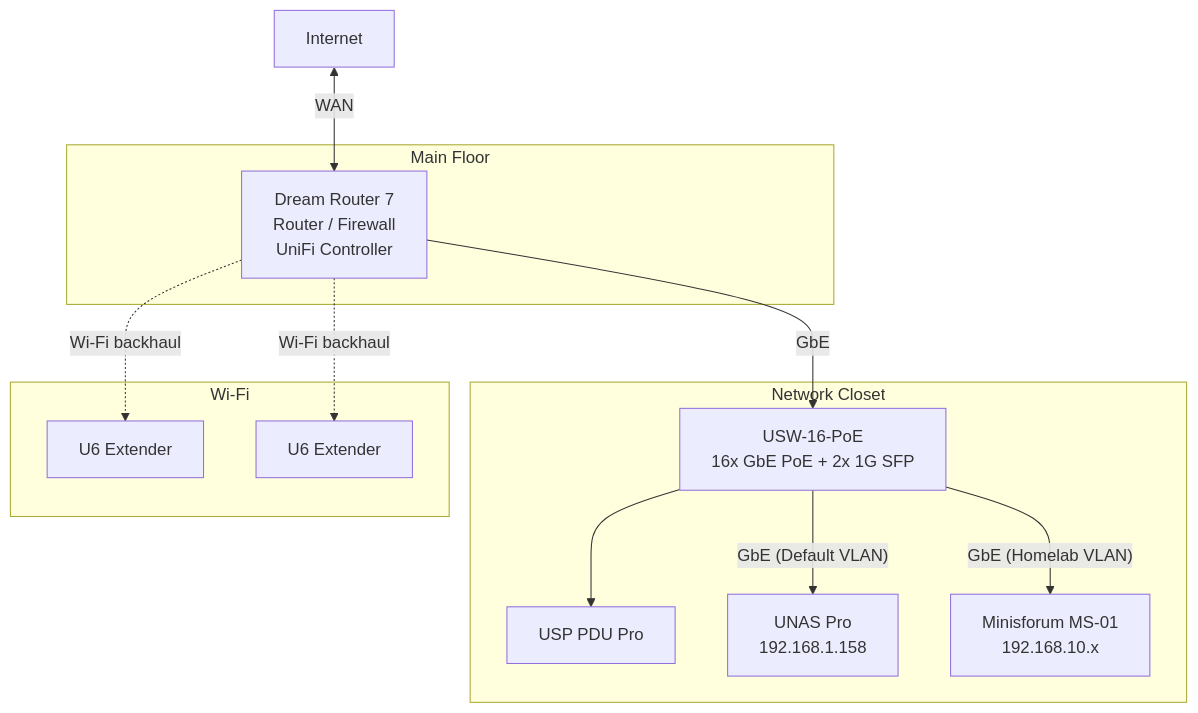
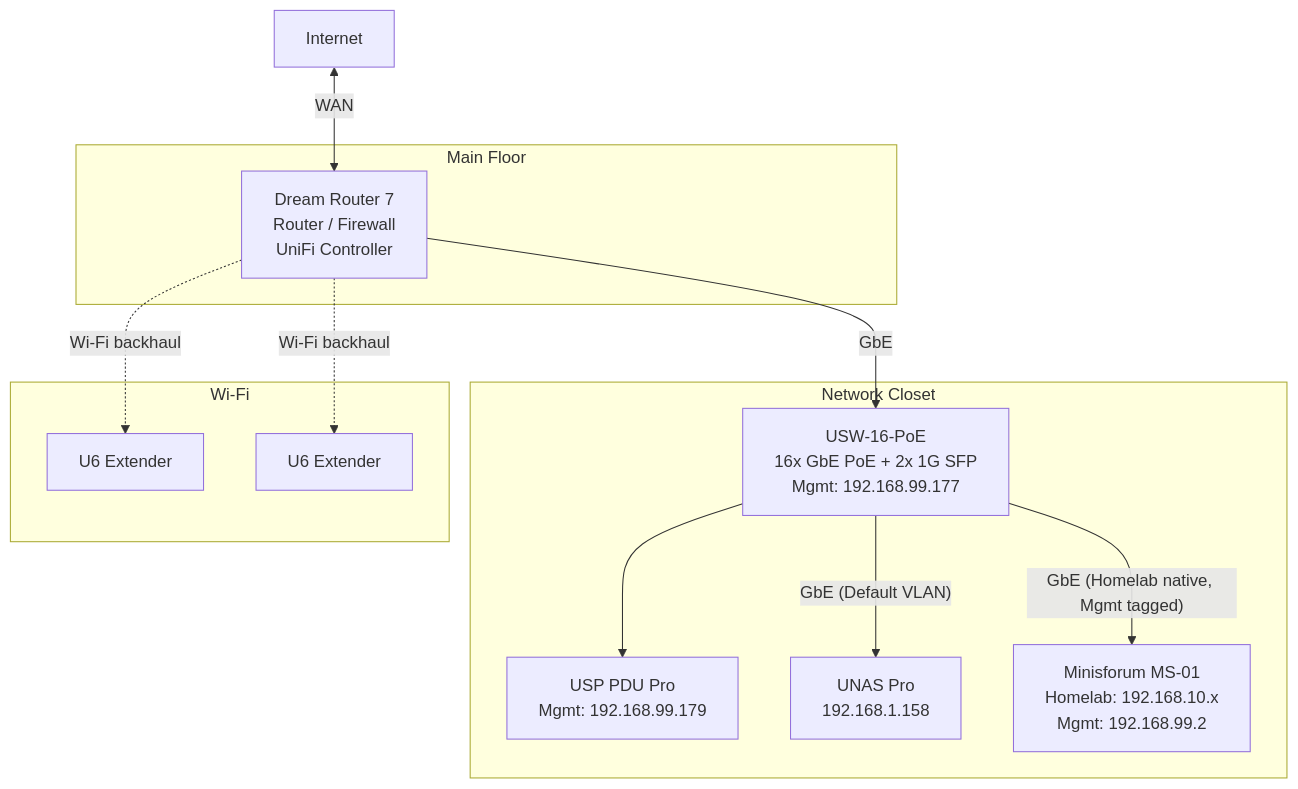
The first of 2 diagrams in docs/architecture/network-infrastructure.md (kyleseneker/homelab), drawn with Mermaid before and after one commit. The commit also changed other lines of this file and 4 other files, not shown here.

Commit message:
docs: add Management VLAN (99), renumber Homelab VLAN to 10, mark N1 resolved

````diff
--- a/docs/architecture/network-infrastructure.md
+++ b/docs/architecture/network-infrastructure.md
@@ -7,27 +7,27 @@
 ```mermaid
 flowchart TD
     internet["Internet"] <-->|"WAN"| DR7
 
     subgraph main_floor ["Main Floor"]
         DR7["Dream Router 7<br/>Router / Firewall<br/>UniFi Controller"]
     end
 
     subgraph closet ["Network Closet"]
-        SW["USW-16-PoE<br/>16x GbE PoE + 2x 1G SFP"]
-        PDU["USP PDU Pro"]
+        SW["USW-16-PoE<br/>16x GbE PoE + 2x 1G SFP<br/>Mgmt: 192.168.99.177"]
+        PDU["USP PDU Pro<br/>Mgmt: 192.168.99.179"]
         NAS["UNAS Pro<br/>192.168.1.158"]
-        MS01["Minisforum MS-01<br/>192.168.10.x"]
+        MS01["Minisforum MS-01<br/>Homelab: 192.168.10.x<br/>Mgmt: 192.168.99.2"]
     end
 
     subgraph wifi ["Wi-Fi"]
         U6a["U6 Extender"]
         U6b["U6 Extender"]
     end
 
     DR7 -->|"GbE"| SW
     SW -->|"GbE (Default VLAN)"| NAS
-    SW -->|"GbE (Homelab VLAN)"| MS01
+    SW -->|"GbE (Homelab native, Mgmt tagged)"| MS01
     SW --> PDU
     DR7 -.->|"Wi-Fi backhaul"| U6a
     DR7 -.->|"Wi-Fi backhaul"| U6b
 ```
````
